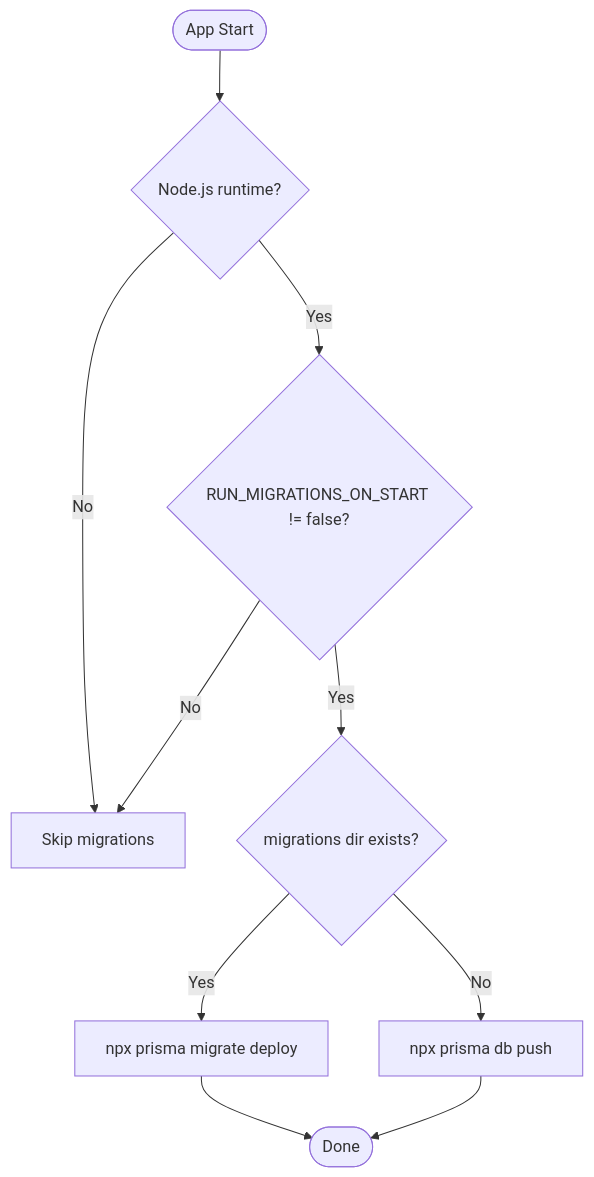
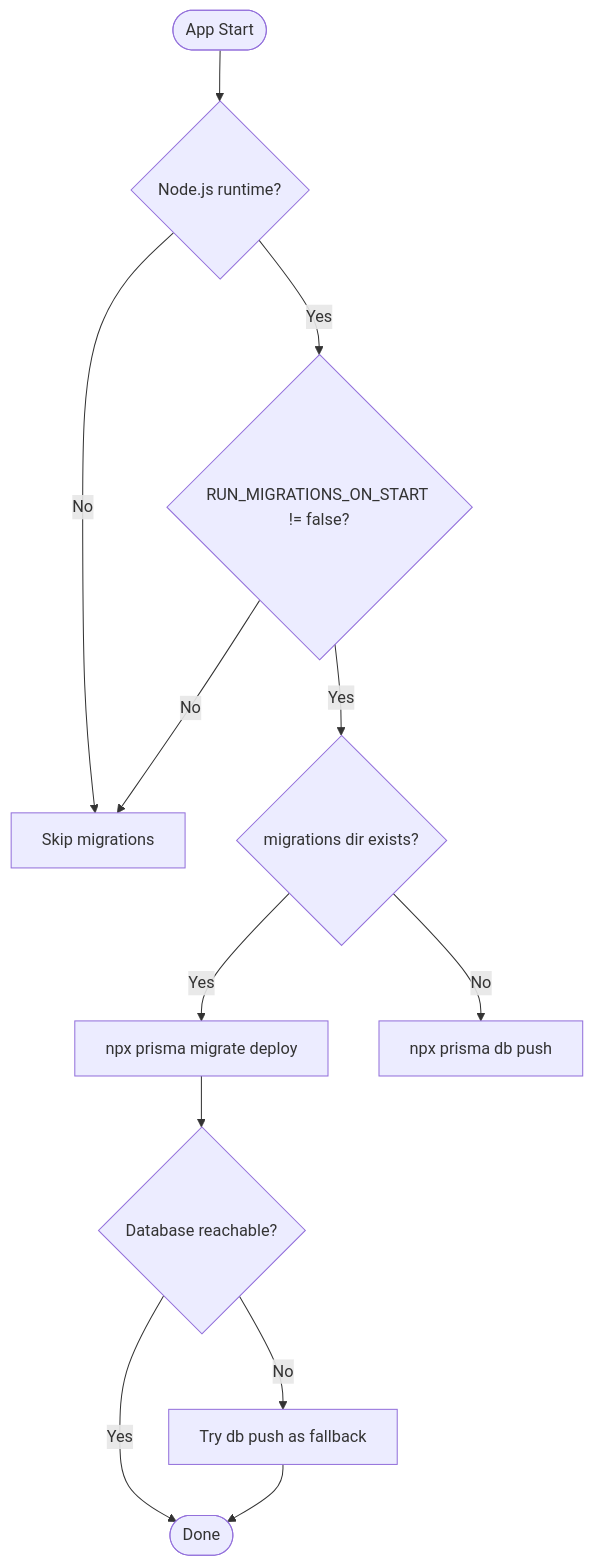
One commit to AlexKutz/math-app-next-js changed the fifth of 7 diagrams in .qoder/repowiki/en/content/Database Design.md. Above: the diagram before and after it, drawn with Mermaid. The commit also changed other lines of this file and 125 other files, not shown here.

````diff
--- a/.qoder/repowiki/en/content/Database Design.md
+++ b/.qoder/repowiki/en/content/Database Design.md
@@ -294,12 +356,14 @@
 ```mermaid
 flowchart TD
 Start(["App Start"]) --> CheckRuntime{"Node.js runtime?"}
 CheckRuntime --> |No| Skip["Skip migrations"]
 CheckRuntime --> |Yes| CheckFlag{"RUN_MIGRATIONS_ON_START != false?"}
 CheckFlag --> |No| Skip
 CheckFlag --> |Yes| CheckMigrations{"migrations dir exists?"}
 CheckMigrations --> |Yes| Deploy["npx prisma migrate deploy"]
 CheckMigrations --> |No| Push["npx prisma db push"]
-Deploy --> Done(["Done"])
-Push --> Done
+Deploy --> CheckConnectivity{"Database reachable?"}
+CheckConnectivity --> |No| Fallback["Try db push as fallback"]
+CheckConnectivity --> |Yes| Done(["Done"])
+Fallback --> Done
 ```
````
